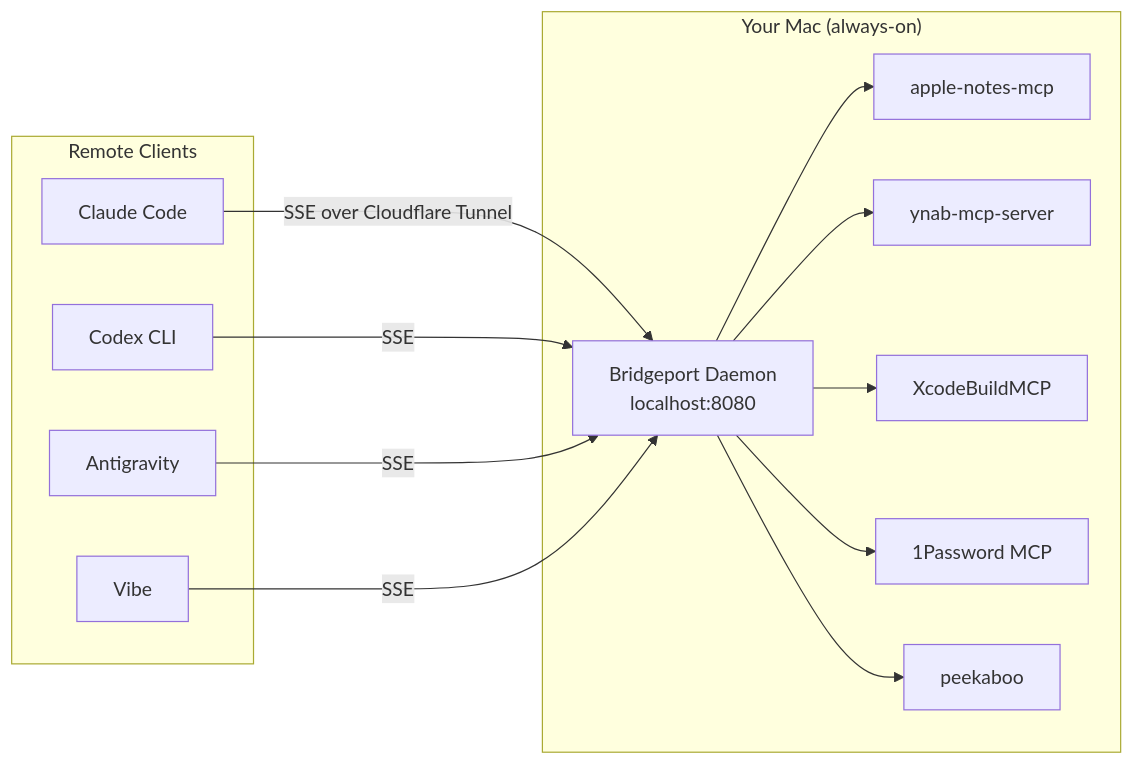
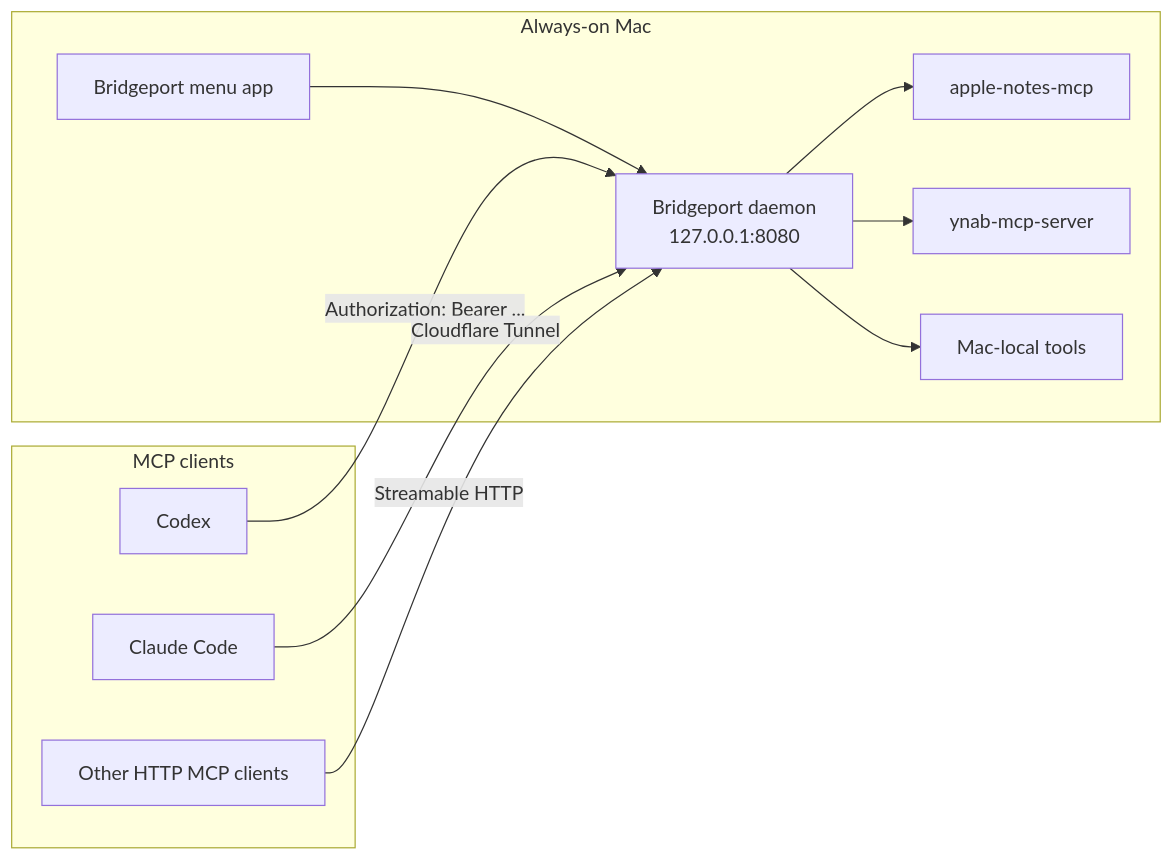
Before and after one commit to oliverames/bridgeport: the diagram in README.md, drawn with Mermaid. The commit also changed other lines of this file and 16 other files, not shown here.

````diff
--- a/README.md
+++ b/README.md
@@ -11,28 +9,24 @@
 ```mermaid
 graph LR
-    subgraph "Your Mac (always-on)"
-        B[Bridgeport Daemon<br/>localhost:8080]
-        C1[apple-notes-mcp]
-        C2[ynab-mcp-server]
-        C3[XcodeBuildMCP]
-        C4[1Password MCP]
-        C5[peekaboo]
-        B --> C1
-        B --> C2
-        B --> C3
-        B --> C4
-        B --> C5
+    subgraph Mac["Always-on Mac"]
+        App["Bridgeport menu app"]
+        Daemon["Bridgeport daemon<br/>127.0.0.1:8080"]
+        Notes["apple-notes-mcp"]
+        YNAB["ynab-mcp-server"]
+        Local["Mac-local tools"]
+        App --> Daemon
+        Daemon --> Notes
+        Daemon --> YNAB
+        Daemon --> Local
     end
 
-    subgraph "Remote Clients"
-        R1[Claude Code]
-        R2[Codex CLI]
-        R3[Antigravity]
-        R4[Vibe]
+    subgraph Clients["MCP clients"]
+        Codex["Codex"]
+        Claude["Claude Code"]
+        Other["Other HTTP MCP clients"]
     end
 
-    R1 -- "SSE over Cloudflare Tunnel" --> B
-    R2 -- "SSE" --> B
-    R3 -- "SSE" --> B
-    R4 -- "SSE" --> B
+    Codex -->|"Authorization: Bearer ..."| Daemon
+    Claude -->|"Cloudflare Tunnel"| Daemon
+    Other -->|"Streamable HTTP"| Daemon
 ```
````
